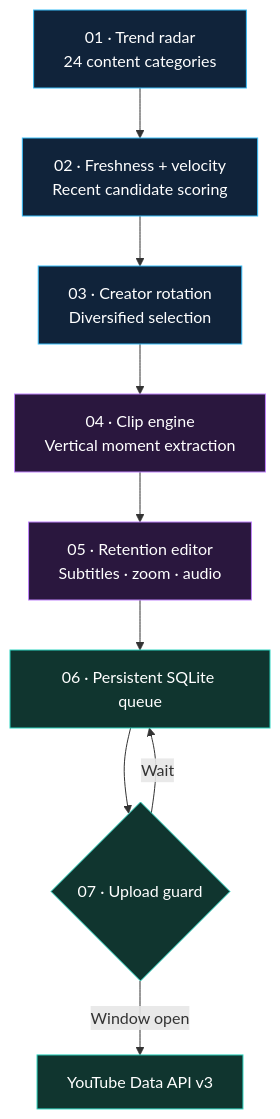
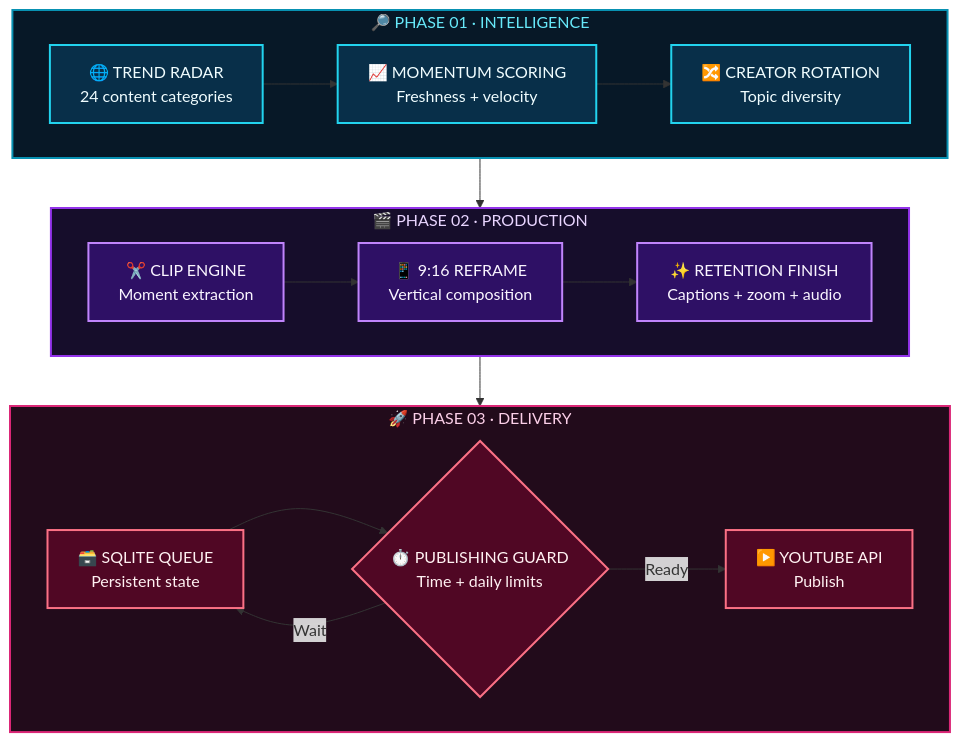
One commit to SailikNanda/money-glitch changed the diagram in README.md. Above: the diagram before and after it, drawn with Mermaid. The commit also changed other lines of this file, not shown here.

Commit message:
docs: elevate README with neon feature gallery, animated headline and phased workflow diagram

````diff
--- a/README.md
+++ b/README.md
@@ -145,17 +209,30 @@
 ```mermaid
-flowchart TD
-  A["01 · Trend radar<br/>24 content categories"] --> B["02 · Freshness + velocity<br/>Recent candidate scoring"]
-  B --> C["03 · Creator rotation<br/>Diversified selection"]
-  C --> D["04 · Clip engine<br/>Vertical moment extraction"]
-  D --> E["05 · Retention editor<br/>Subtitles · zoom · audio"]
-  E --> F["06 · Persistent SQLite queue"]
-  F --> G{"07 · Upload guard"}
-  G -->|"Window open"| H["YouTube Data API v3"]
-  G -->|"Wait"| F
-  classDef discover fill:#10233A,stroke:#38BDF8,color:#FFFFFF
-  classDef create fill:#2A173E,stroke:#C084FC,color:#FFFFFF
-  classDef deliver fill:#10352F,stroke:#2DD4BF,color:#FFFFFF
-  class A,B,C discover
-  class D,E create
-  class F,G,H deliver
+flowchart TB
+  subgraph DISCOVERY["🔎 PHASE 01 · INTELLIGENCE"]
+    direction LR
+    A["🌐 TREND RADAR<br/>24 content categories"] --> B["📈 MOMENTUM SCORING<br/>Freshness + velocity"]
+    B --> C["🔀 CREATOR ROTATION<br/>Topic diversity"]
+  end
+  subgraph PRODUCTION["🎬 PHASE 02 · PRODUCTION"]
+    direction LR
+    D["✂️ CLIP ENGINE<br/>Moment extraction"] --> E["📱 9:16 REFRAME<br/>Vertical composition"]
+    E --> F["✨ RETENTION FINISH<br/>Captions + zoom + audio"]
+  end
+  subgraph DELIVERY["🚀 PHASE 03 · DELIVERY"]
+    direction LR
+    G["🗃️ SQLITE QUEUE<br/>Persistent state"] --> H{"⏱️ PUBLISHING GUARD<br/>Time + daily limits"}
+    H -->|"Ready"| I["▶️ YOUTUBE API<br/>Publish"]
+    H -->|"Wait"| G
+  end
+  C --> D
+  F --> G
+  classDef cyan fill:#082F49,stroke:#22D3EE,stroke-width:2px,color:#F0FDFF
+  classDef violet fill:#2E1065,stroke:#C084FC,stroke-width:2px,color:#FAF5FF
+  classDef pink fill:#500724,stroke:#FB7185,stroke-width:2px,color:#FFF1F2
+  class A,B,C cyan
+  class D,E,F violet
+  class G,H,I pink
+  style DISCOVERY fill:#071827,stroke:#0891B2,stroke-width:2px,color:#67E8F9
+  style PRODUCTION fill:#160D2B,stroke:#9333EA,stroke-width:2px,color:#E9D5FF
+  style DELIVERY fill:#220B1B,stroke:#DB2777,stroke-width:2px,color:#FBCFE8
 ```
````
